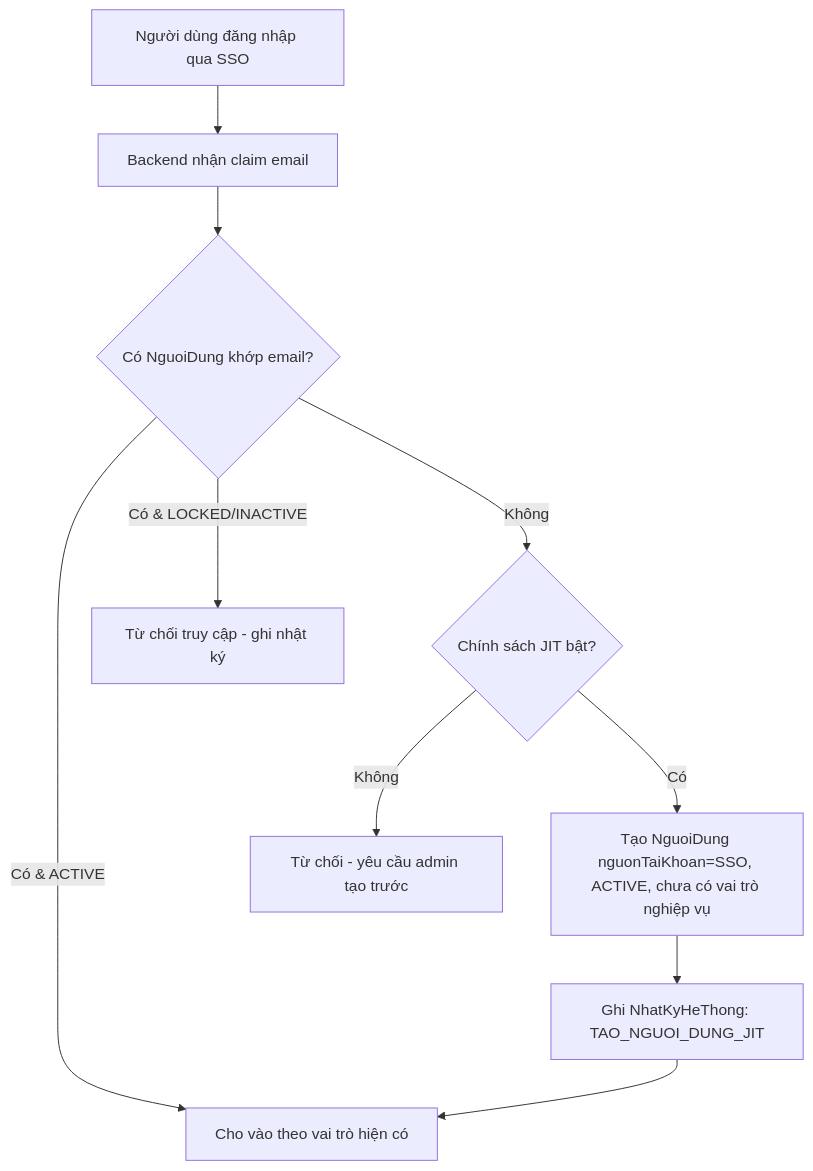
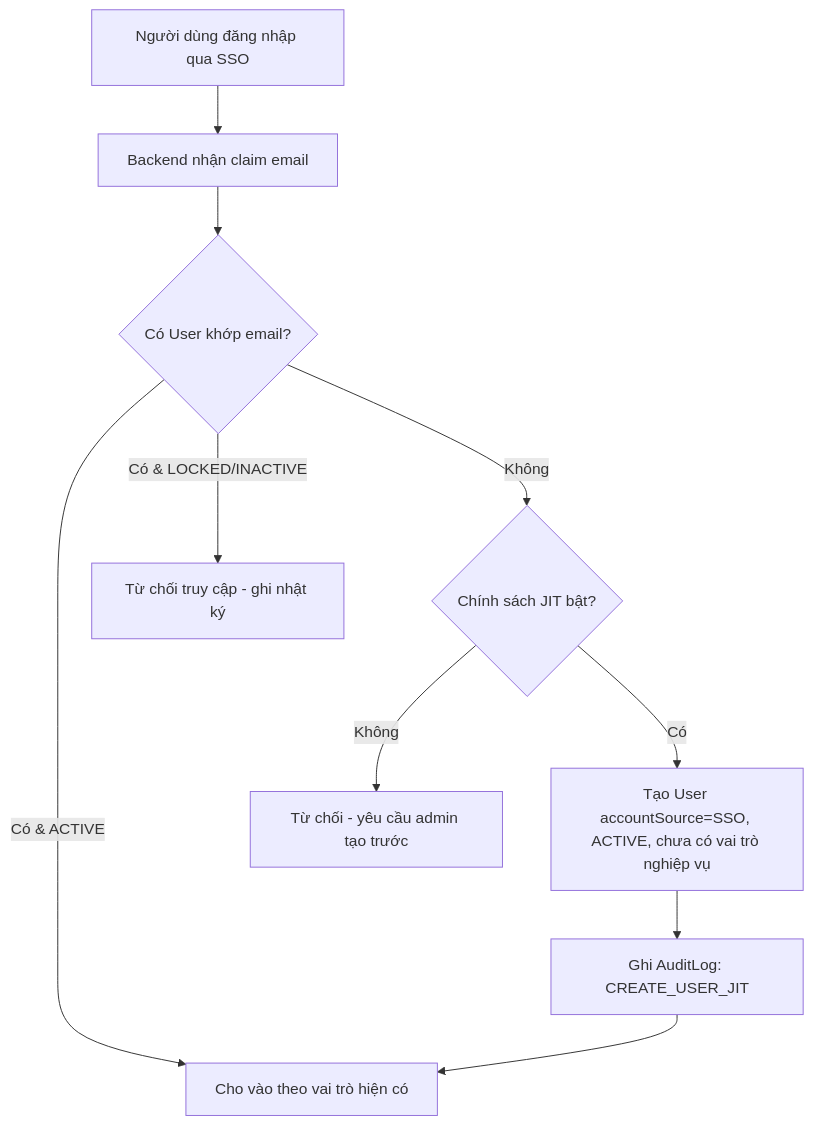
The second of 4 diagrams in docs/features/B03-quan-ly-nguoi-dung/spec.md (PTZero2026/rms-docs), drawn with Mermaid before and after one commit. The commit also changed other lines of this file and 44 other files, not shown here.

Commit message:
docs: update project roadmap, architecture decisions, and comprehensive documentation for core features and testing plans

````diff
--- a/docs/features/B03-quan-ly-nguoi-dung/spec.md
+++ b/docs/features/B03-quan-ly-nguoi-dung/spec.md
@@ -68,12 +68,12 @@
 ```mermaid
 flowchart TD
     A[Người dùng đăng nhập qua SSO] --> B[Backend nhận claim email]
-    B --> C{Có NguoiDung khớp email?}
+    B --> C{Có User khớp email?}
     C -->|Có & ACTIVE| H[Cho vào theo vai trò hiện có]
     C -->|Có & LOCKED/INACTIVE| L[Từ chối truy cập - ghi nhật ký]
     C -->|Không| D{Chính sách JIT bật?}
     D -->|Không| E[Từ chối - yêu cầu admin tạo trước]
-    D -->|Có| F[Tạo NguoiDung nguonTaiKhoan=SSO, ACTIVE, chưa có vai trò nghiệp vụ]
-    F --> G[Ghi NhatKyHeThong: TAO_NGUOI_DUNG_JIT]
+    D -->|Có| F[Tạo User accountSource=SSO, ACTIVE, chưa có vai trò nghiệp vụ]
+    F --> G[Ghi AuditLog: CREATE_USER_JIT]
     G --> H
 ```
````
